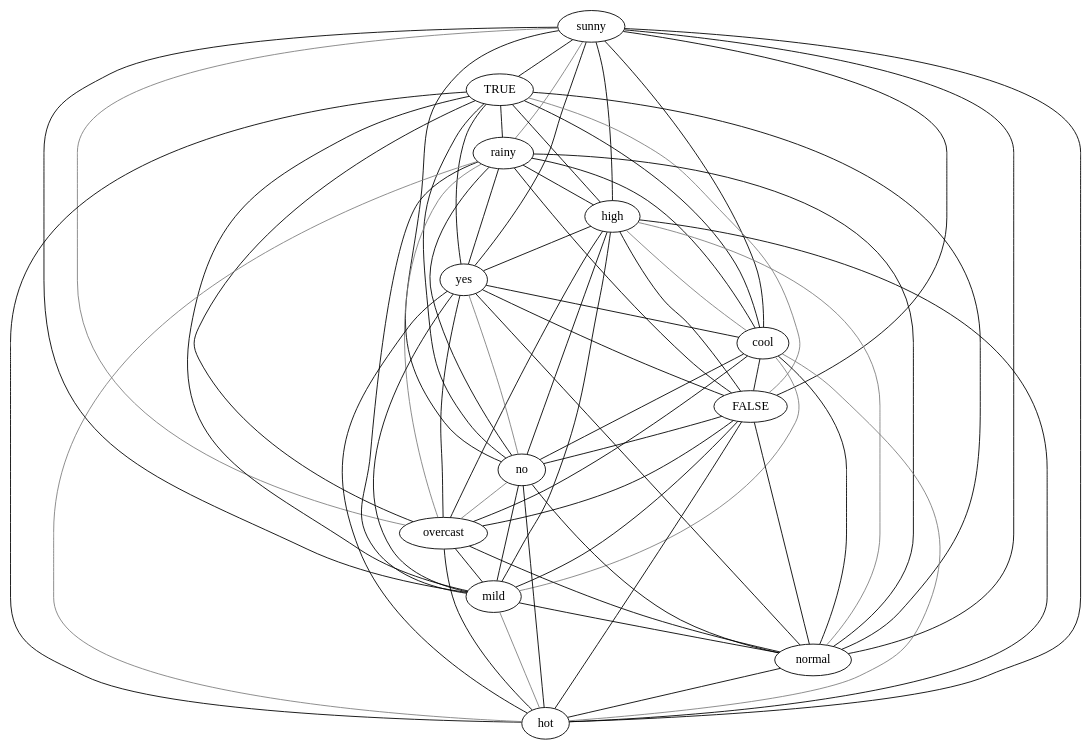
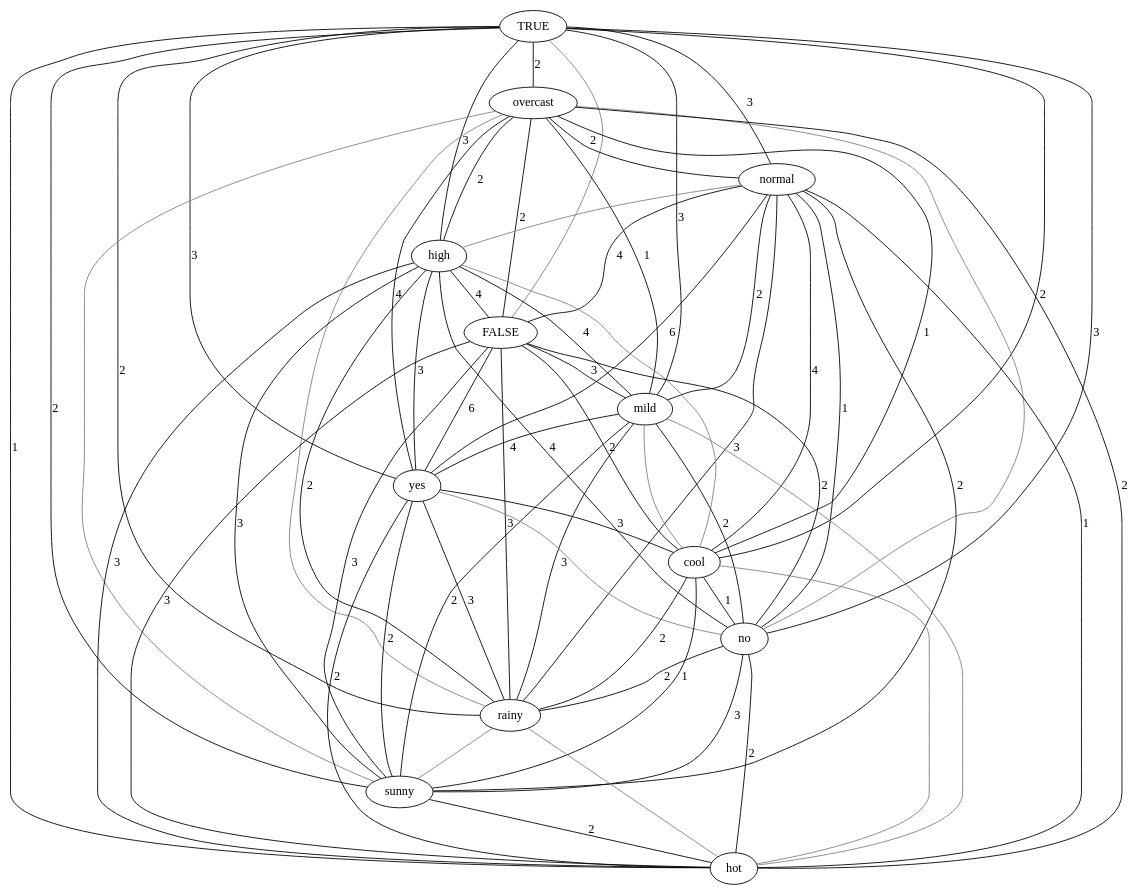
Before and after one commit to lrodrin/TFG: the diagram in src/SQL/gaifman.dot, drawn with Graphviz. The commit also changed 3 other files, not shown here.

```diff
--- a/src/SQL/gaifman.dot
+++ b/src/SQL/gaifman.dot
@@ -1,80 +1,80 @@
 strict graph "" {
-sunny;
 TRUE;
-rainy;
+overcast;
+normal;
 high;
+FALSE;
+mild;
 yes;
 cool;
-FALSE;
 no;
-overcast;
-mild;
-normal;
+rainy;
+sunny;
 hot;
-sunny -- hot  [color=black];
-sunny -- no  [color=black];
-sunny -- overcast  [color=gray];
-sunny -- mild  [color=black];
-sunny -- yes  [color=black];
-sunny -- TRUE  [color=black];
-sunny -- rainy  [color=gray];
-sunny -- high  [color=black];
-sunny -- cool  [color=black];
-sunny -- FALSE  [color=black];
-sunny -- normal  [color=black];
-TRUE -- hot  [color=black];
-TRUE -- no  [color=black];
-TRUE -- overcast  [color=black];
-TRUE -- mild  [color=black];
-TRUE -- yes  [color=black];
-TRUE -- rainy  [color=black];
-TRUE -- high  [color=black];
-TRUE -- cool  [color=black];
+TRUE -- sunny  [color=black, label=2];
+TRUE -- hot  [color=black, label=1];
+TRUE -- mild  [color=black, label=3];
+TRUE -- yes  [color=black, label=3];
+TRUE -- no  [color=black, label=3];
+TRUE -- cool  [color=black, label=2];
+TRUE -- rainy  [color=black, label=2];
+TRUE -- overcast  [color=black, label=2];
+TRUE -- normal  [color=black, label=3];
+TRUE -- high  [color=black, label=3];
 TRUE -- FALSE  [color=gray];
-TRUE -- normal  [color=black];
+overcast -- yes  [color=black, label=4];
+overcast -- mild  [color=black, label=1];
+overcast -- no  [color=gray];
+overcast -- cool  [color=black, label=1];
+overcast -- rainy  [color=gray];
+overcast -- sunny  [color=gray];
+overcast -- hot  [color=black, label=2];
+overcast -- normal  [color=black, label=2];
+overcast -- high  [color=black, label=2];
+overcast -- FALSE  [color=black, label=2];
+normal -- sunny  [color=black, label=2];
+normal -- yes  [color=black, label=6];
+normal -- mild  [color=black, label=2];
+normal -- no  [color=black, label=1];
+normal -- cool  [color=black, label=4];
+normal -- rainy  [color=black, label=3];
+normal -- hot  [color=black, label=1];
+normal -- high  [color=gray];
+normal -- FALSE  [color=black, label=4];
+high -- sunny  [color=black, label=3];
+high -- hot  [color=black, label=3];
+high -- mild  [color=black, label=4];
+high -- no  [color=black, label=4];
+high -- cool  [color=gray];
+high -- rainy  [color=black, label=2];
+high -- yes  [color=black, label=3];
+high -- FALSE  [color=black, label=4];
+FALSE -- sunny  [color=black, label=3];
+FALSE -- yes  [color=black, label=6];
+FALSE -- mild  [color=black, label=3];
+FALSE -- no  [color=black, label=2];
+FALSE -- cool  [color=black, label=2];
+FALSE -- rainy  [color=black, label=3];
+FALSE -- hot  [color=black, label=3];
+mild -- sunny  [color=black, label=2];
+mild -- hot  [color=gray];
+mild -- yes  [color=black, label=4];
+mild -- no  [color=black, label=2];
+mild -- cool  [color=gray];
+mild -- rainy  [color=black, label=3];
+yes -- sunny  [color=black, label=2];
+yes -- hot  [color=black, label=2];
+yes -- no  [color=gray];
+yes -- cool  [color=black, label=3];
+yes -- rainy  [color=black, label=3];
+cool -- sunny  [color=black, label=1];
+cool -- hot  [color=gray];
+cool -- no  [color=black, label=1];
+cool -- rainy  [color=black, label=2];
+no -- sunny  [color=black, label=3];
+no -- hot  [color=black, label=2];
+no -- rainy  [color=black, label=2];
+rainy -- sunny  [color=gray];
 rainy -- hot  [color=gray];
-rainy -- no  [color=black];
-rainy -- overcast  [color=gray];
-rainy -- yes  [color=black];
-rainy -- mild  [color=black];
-rainy -- high  [color=black];
-rainy -- cool  [color=black];
-rainy -- FALSE  [color=black];
-rainy -- normal  [color=black];
-high -- hot  [color=black];
-high -- no  [color=black];
-high -- overcast  [color=black];
-high -- mild  [color=black];
-high -- yes  [color=black];
-high -- cool  [color=gray];
-high -- FALSE  [color=black];
-high -- normal  [color=gray];
-yes -- hot  [color=black];
-yes -- no  [color=gray];
-yes -- overcast  [color=black];
-yes -- mild  [color=black];
-yes -- cool  [color=black];
-yes -- FALSE  [color=black];
-yes -- normal  [color=black];
-cool -- no  [color=black];
-cool -- overcast  [color=black];
-cool -- mild  [color=gray];
-cool -- hot  [color=gray];
-cool -- FALSE  [color=black];
-cool -- normal  [color=black];
-FALSE -- hot  [color=black];
-FALSE -- no  [color=black];
-FALSE -- overcast  [color=black];
-FALSE -- mild  [color=black];
-FALSE -- normal  [color=black];
-no -- hot  [color=black];
-no -- overcast  [color=gray];
-no -- mild  [color=black];
-no -- normal  [color=black];
-overcast -- hot  [color=black];
-overcast -- mild  [color=black];
-overcast -- normal  [color=black];
-mild -- hot  [color=gray];
-mild -- normal  [color=black];
-normal -- hot  [color=black];
+sunny -- hot  [color=black, label=2];
 }
```
